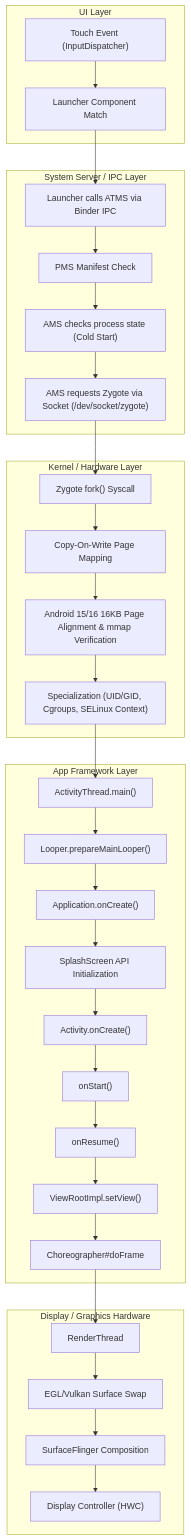
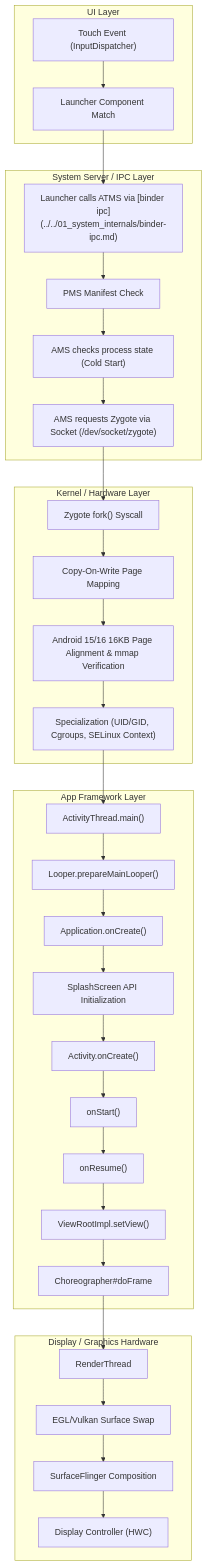
One commit to youngmin-gwon/what-i-studied changed the diagram in 01_inbox/mobile/android/00_foundations/worked-examples/01-app-icon-tap-to-first-frame.md. Above: the diagram before and after it, drawn with Mermaid. The commit also changed other lines of this file and 185 other files, not shown here.

````diff
--- a/01_inbox/mobile/android/00_foundations/worked-examples/01-app-icon-tap-to-first-frame.md
+++ b/01_inbox/mobile/android/00_foundations/worked-examples/01-app-icon-tap-to-first-frame.md
@@ -32,40 +32,40 @@
 ```mermaid
 flowchart TD
     subgraph UI["UI Layer"]
         ui1["Touch Event (InputDispatcher)"] --> ui2["Launcher Component Match"]
     end
 
     subgraph SYS["System Server / IPC Layer"]
-        sys1["Launcher calls ATMS via Binder IPC"] --> sys2["PMS Manifest Check"]
+        sys1["Launcher calls ATMS via [binder ipc](../../01_system_internals/binder-ipc.md)"] --> sys2["PMS Manifest Check"]
         sys2 --> sys3["AMS checks process state (Cold Start)"]
         sys3 --> sys4["AMS requests Zygote via Socket (/dev/socket/zygote)"]
     end
 
     subgraph KERNEL["Kernel / Hardware Layer"]
         k1["Zygote fork() Syscall"] --> k2["Copy-On-Write Page Mapping"]
         k2 --> k3["Android 15/16 16KB Page Alignment & mmap Verification"]
         k3 --> k4["Specialization (UID/GID, Cgroups, SELinux Context)"]
     end
 
     subgraph APP["App Framework Layer"]
         a1["ActivityThread.main()"] --> a2["Looper.prepareMainLooper()"]
         a2 --> a3["Application.onCreate()"]
         a3 --> a4["SplashScreen API Initialization"]
         a4 --> a5["Activity.onCreate()"]
         a5 --> a6["onStart()"]
         a6 --> a7["onResume()"]
         a7 --> a8["ViewRootImpl.setView()"]
         a8 --> a9["Choreographer#doFrame"]
     end
 
     subgraph DISPLAY["Display / Graphics Hardware"]
         d1["RenderThread"] --> d2["EGL/Vulkan Surface Swap"]
         d2 --> d3["SurfaceFlinger Composition"]
         d3 --> d4["Display Controller (HWC)"]
     end
 
     ui2 --> sys1
     sys4 --> k1
     k4 --> a1
     a9 --> d1
 ```
````
